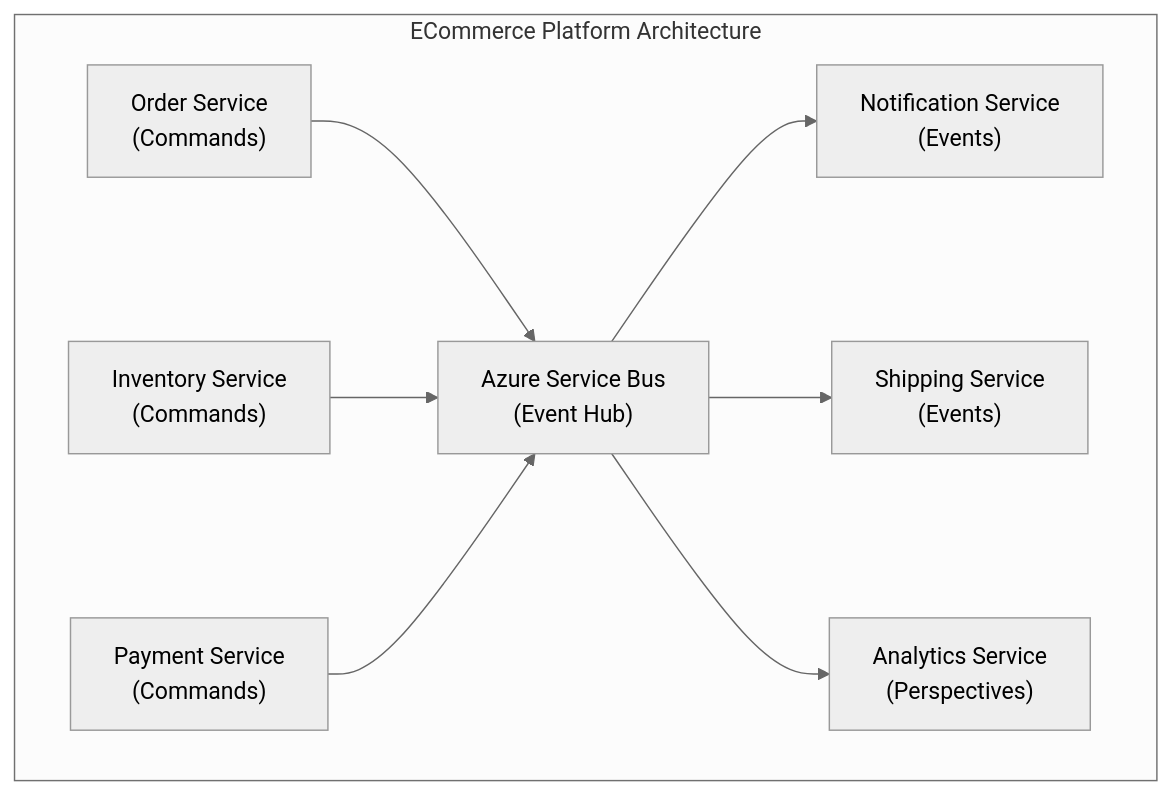
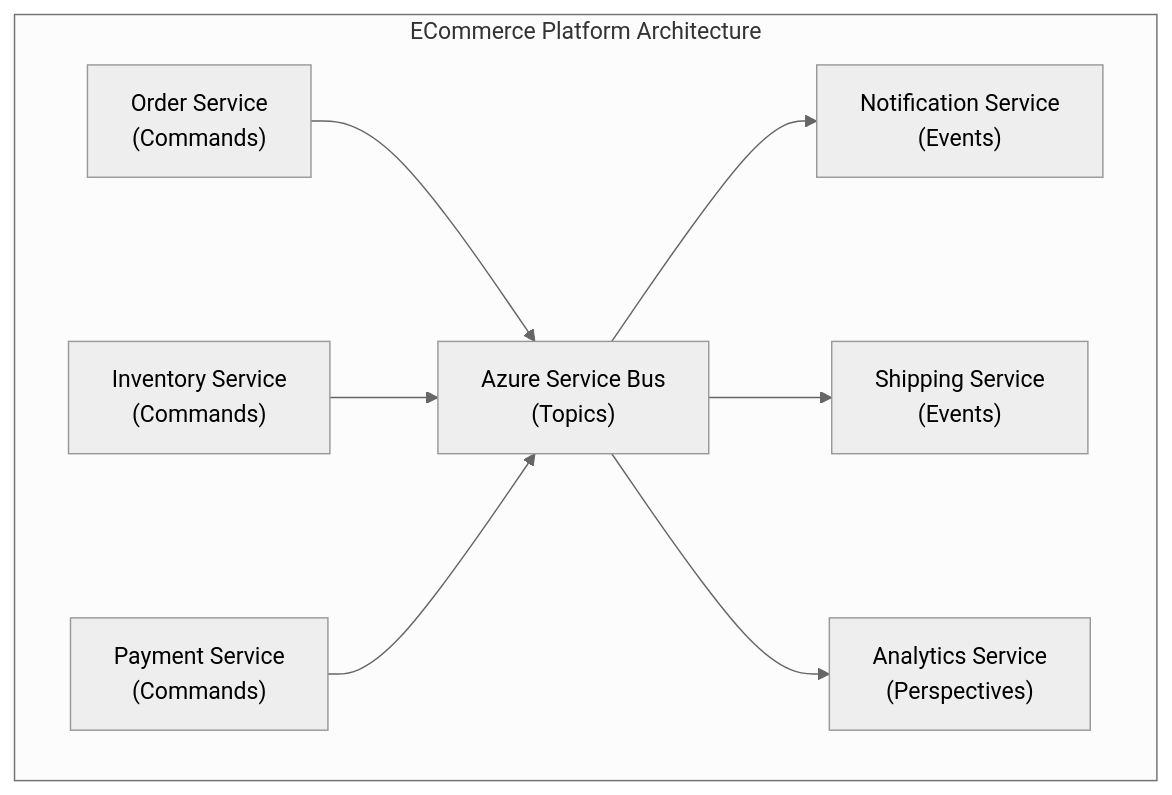
The first of 2 diagrams in src/assets/docs/v1.0.0/learn/tutorial/tutorial-overview.md (whizbang-lib/whizbang-lib.github.io), drawn with Mermaid (neutral theme) before and after one commit. The commit also changed other lines of this file and 48 other files, not shown here.

````diff
--- a/src/assets/docs/v1.0.0/learn/tutorial/tutorial-overview.md
+++ b/src/assets/docs/v1.0.0/learn/tutorial/tutorial-overview.md
@@ -27,24 +33,24 @@
 ```mermaid
 flowchart TD
     subgraph EPA["ECommerce Platform Architecture"]
         OrderSvc["Order Service<br/>(Commands)"]
         InventorySvc["Inventory Service<br/>(Commands)"]
         PaymentSvc["Payment Service<br/>(Commands)"]
-        Bus["Azure Service Bus<br/>(Event Hub)"]
+        Bus["Azure Service Bus<br/>(Topics)"]
         NotificationSvc["Notification Service<br/>(Events)"]
         ShippingSvc["Shipping Service<br/>(Events)"]
         AnalyticsSvc["Analytics Service<br/>(Perspectives)"]
 
         OrderSvc --> Bus
         InventorySvc --> Bus
         PaymentSvc --> Bus
         Bus --> NotificationSvc
         Bus --> ShippingSvc
         Bus --> AnalyticsSvc
     end
 
     class OrderSvc,InventorySvc,PaymentSvc layer-command
     class Bus layer-event
     class NotificationSvc,ShippingSvc layer-core
     class AnalyticsSvc layer-read
 ```
````
